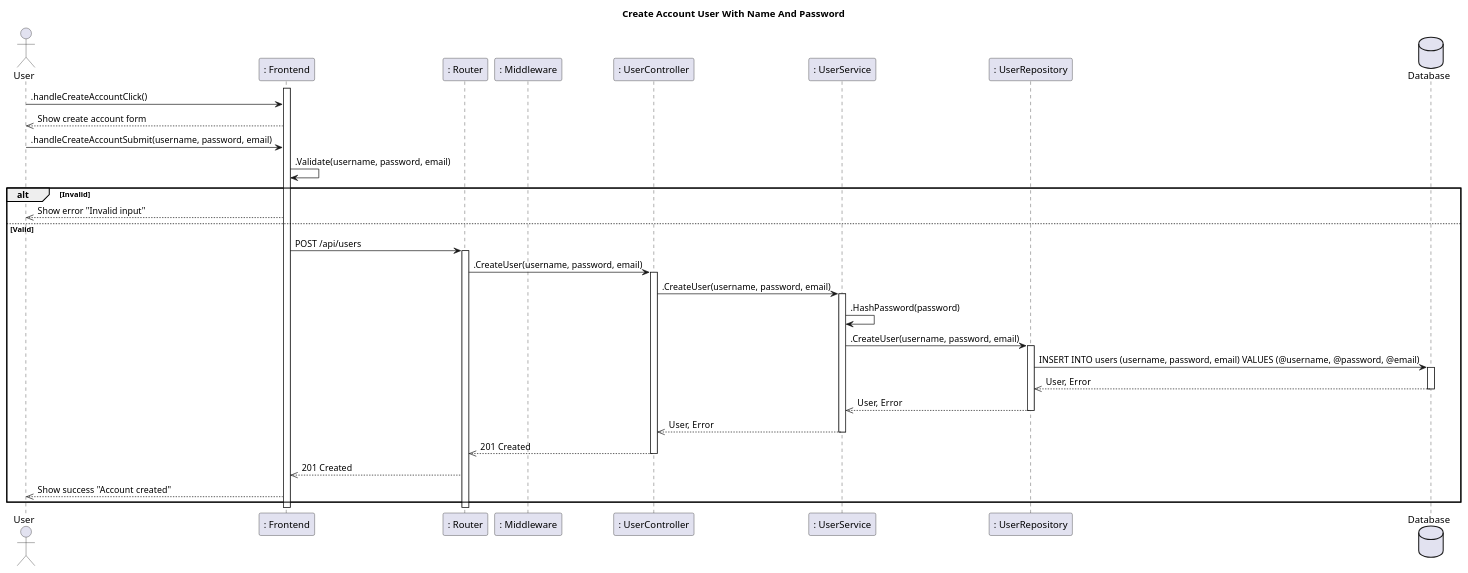
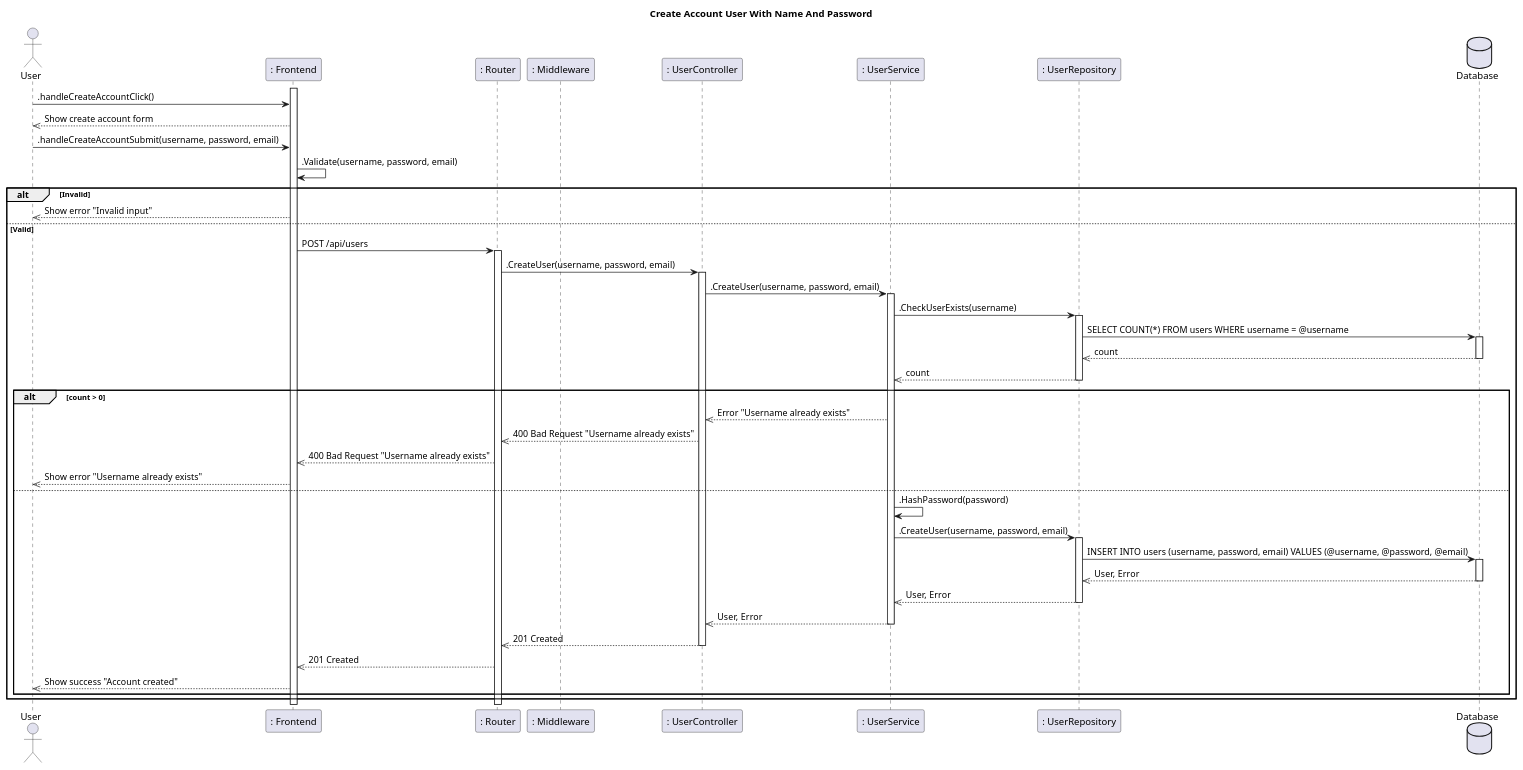
One commit to CS371-Project-Management/CS371-Sequence-Diagram changed the diagram in SD4-Create-Account-User-With-Name-And-Password.puml. Above: the diagram before and after it, drawn with PlantUML.

Commit message:
feat: add username existence check in account creation sequence diagram

```diff
--- a/SD4-Create-Account-User-With-Name-And-Password.puml
+++ b/SD4-Create-Account-User-With-Name-And-Password.puml
@@ -1,48 +1,64 @@
 @startuml SequenceDiagram
 title Create Account User With Name And Password
 
 actor User
 participant ": Frontend" as Frontend
 participant ": Router" as Router
 participant ": Middleware" as Middleware
 
 participant ": UserController" as Controller
 participant ": UserService" as Service
 participant ": UserRepository" as Repository
-
 
 database Database
 activate Frontend
 
 User -> Frontend: .handleCreateAccountClick()
 Frontend -->> User: Show create account form
 
 User -> Frontend: .handleCreateAccountSubmit(username, password, email)
 Frontend -> Frontend: .Validate(username, password, email)
 alt Invalid
   Frontend -->> User: Show error "Invalid input"
 else Valid
   Frontend -> Router: POST /api/users
   activate Router
 
   Router -> Controller: .CreateUser(username, password, email)
   activate Controller
   Controller -> Service: .CreateUser(username, password, email)
   activate Service
-  Service -> Service: .HashPassword(password)
-  Service -> Repository: .CreateUser(username, password, email)
+
+  Service -> Repository: .CheckUserExists(username)
   activate Repository
-  Repository -> Database: INSERT INTO users (username, password, email) VALUES (@username, @password, @email)
+  Repository -> Database: SELECT COUNT(*) FROM users WHERE username = @username
   activate Database
-  Database -->> Repository: User, Error
+  Database -->> Repository: count
   deactivate Database
-  Repository -->> Service: User, Error
+  Repository -->> Service: count
   deactivate Repository
-  Service -->> Controller: User, Error
-  deactivate Service
-  Controller -->> Router: 201 Created
-  deactivate Controller
-  Router -->> Frontend: 201 Created
-  Frontend -->> User: Show success "Account created"
+
+  alt count > 0
+    Service -->> Controller: Error "Username already exists"
+    Controller -->> Router: 400 Bad Request "Username already exists"
+    Router -->> Frontend: 400 Bad Request "Username already exists"
+    Frontend -->> User: Show error "Username already exists"
+  else
+    Service -> Service: .HashPassword(password)
+    Service -> Repository: .CreateUser(username, password, email)
+    activate Repository
+    Repository -> Database: INSERT INTO users (username, password, email) VALUES (@username, @password, @email)
+    activate Database
+    Database -->> Repository: User, Error
+    deactivate Database
+    Repository -->> Service: User, Error
+    deactivate Repository
+    Service -->> Controller: User, Error
+    deactivate Service
+    Controller -->> Router: 201 Created
+    deactivate Controller
+    Router -->> Frontend: 201 Created
+    Frontend -->> User: Show success "Account created"
+  end
 end
 @enduml
```
